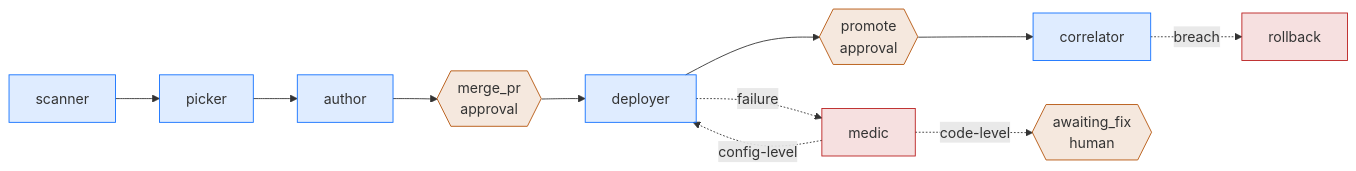
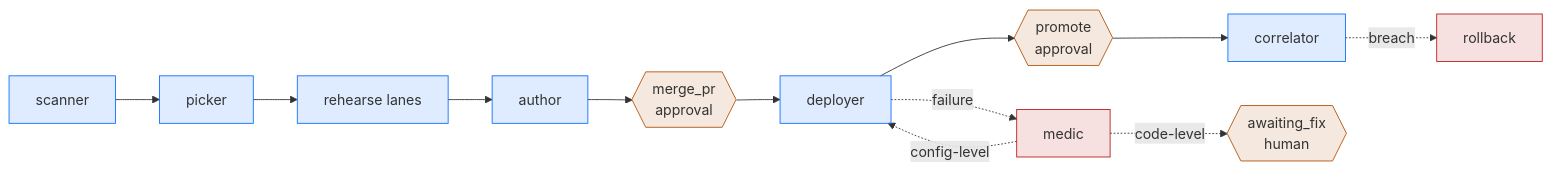
One commit to teckedd-code2save/convoy changed the fifth of 5 diagrams in docs/architecture.md. Above: the diagram before and after it, drawn with Mermaid. The commit also changed other lines of this file and 19 other files, not shown here.

````diff
--- a/docs/architecture.md
+++ b/docs/architecture.md
@@ -199,17 +207,18 @@
 ```mermaid
 flowchart LR
   classDef agent fill:#0f6fff22,stroke:#0f6fff
   classDef gate fill:#b4530922,stroke:#b45309
   classDef alert fill:#b91c1c22,stroke:#b91c1c
 
   Scanner[scanner]:::agent --> Picker[picker]:::agent
-  Picker --> Author[author]:::agent
+  Picker --> Rehearse[rehearse lanes]:::agent
+  Rehearse --> Author[author]:::agent
   Author --> MergeGate{{merge_pr<br/>approval}}:::gate
   MergeGate --> Deployer[deployer]:::agent
   Deployer --> PromoteGate{{promote<br/>approval}}:::gate
   PromoteGate --> Correlator[correlator]:::agent
   Deployer -. failure .-> Medic[medic]:::alert
   Correlator -. breach .-> Rollback[rollback]:::alert
   Medic -. code-level .-> Pause{{awaiting_fix<br/>human}}:::gate
   Medic -. config-level .-> Deployer
 ```
````
